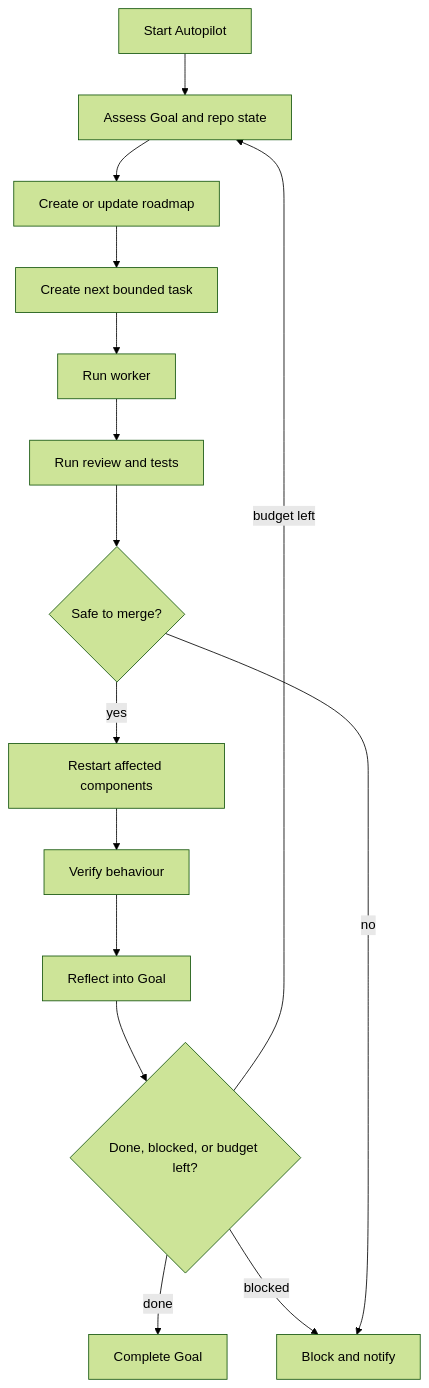
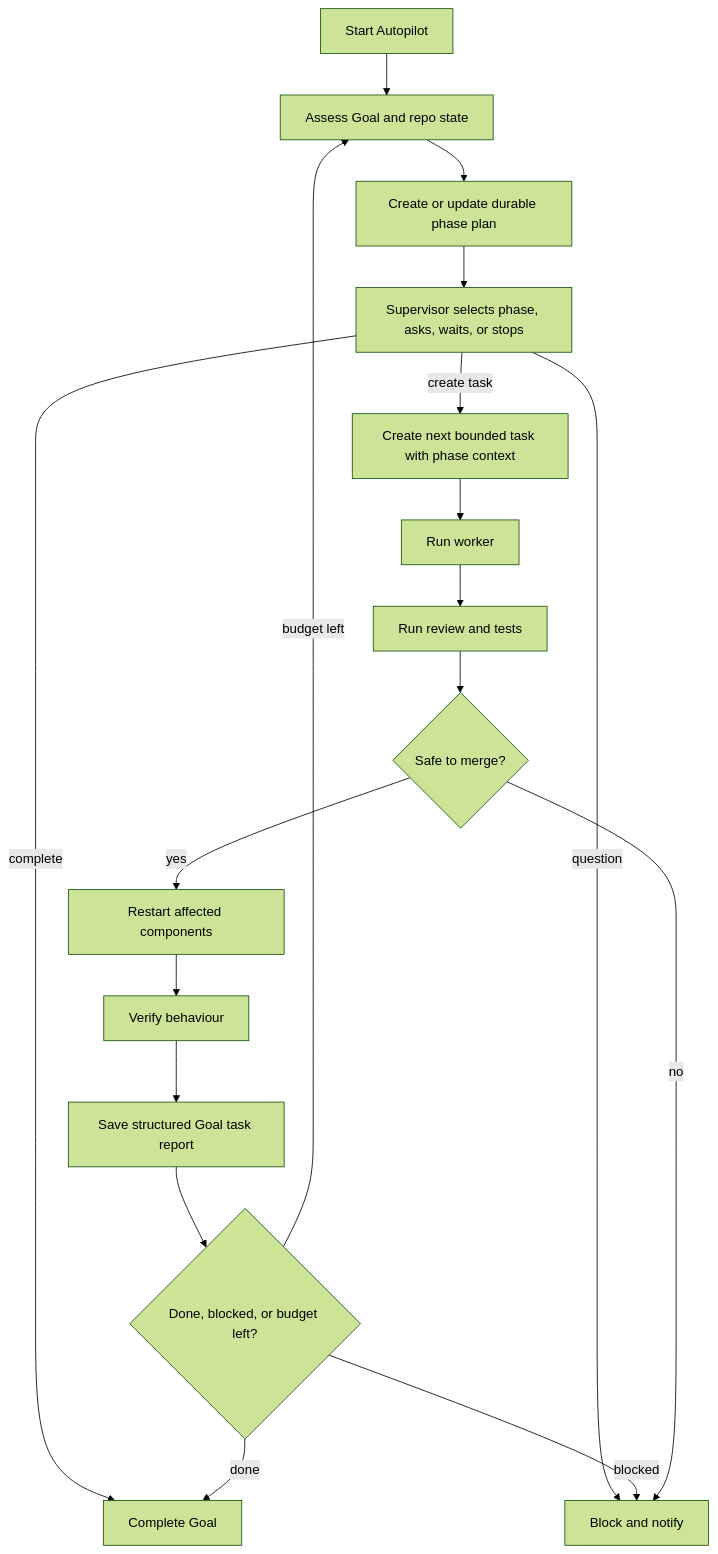
The second of 3 diagrams in README.md (AndrewNeudegg/lab), drawn with Mermaid (forest theme) before and after one commit. The commit also changed other lines of this file and 10 other files, not shown here.

Commit message:
Add Goal supervisor planning loop

````diff
--- a/README.md
+++ b/README.md
@@ -105,17 +105,20 @@
 ```mermaid
 flowchart TD
   Start[Start Autopilot] --> Assess[Assess Goal and repo state]
-  Assess --> Plan[Create or update roadmap]
-  Plan --> Task[Create next bounded task]
+  Assess --> Plan[Create or update durable phase plan]
+  Plan --> Decide[Supervisor selects phase, asks, waits, or stops]
+  Decide -->|create task| Task[Create next bounded task with phase context]
+  Decide -->|question| Block[Block and notify]
+  Decide -->|complete| Complete[Complete Goal]
   Task --> Run[Run worker]
   Run --> Review[Run review and tests]
   Review --> Merge{Safe to merge?}
   Merge -->|yes| Restart[Restart affected components]
   Restart --> Verify[Verify behaviour]
-  Verify --> Reflect[Reflect into Goal]
+  Verify --> Reflect[Save structured Goal task report]
   Reflect --> Continue{Done, blocked, or budget left?}
   Continue -->|budget left| Assess
   Continue -->|done| Complete[Complete Goal]
   Continue -->|blocked| Block[Block and notify]
   Merge -->|no| Block
 ```
````
